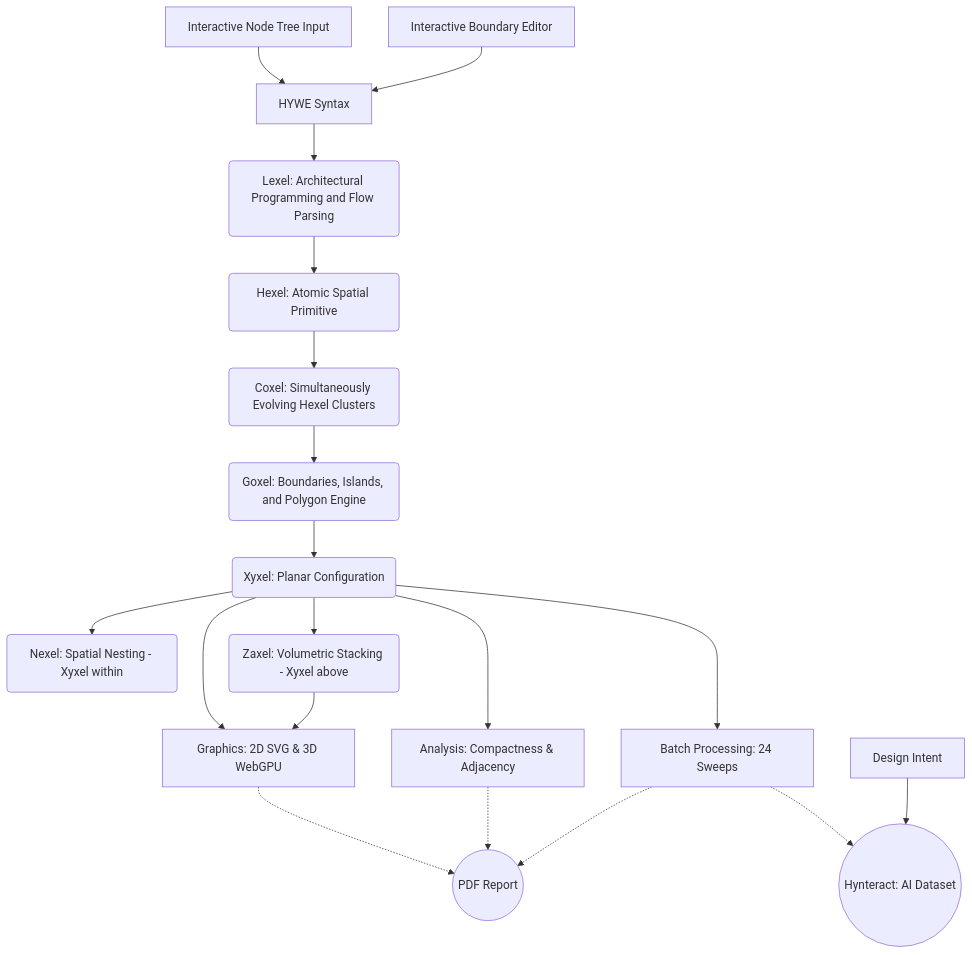
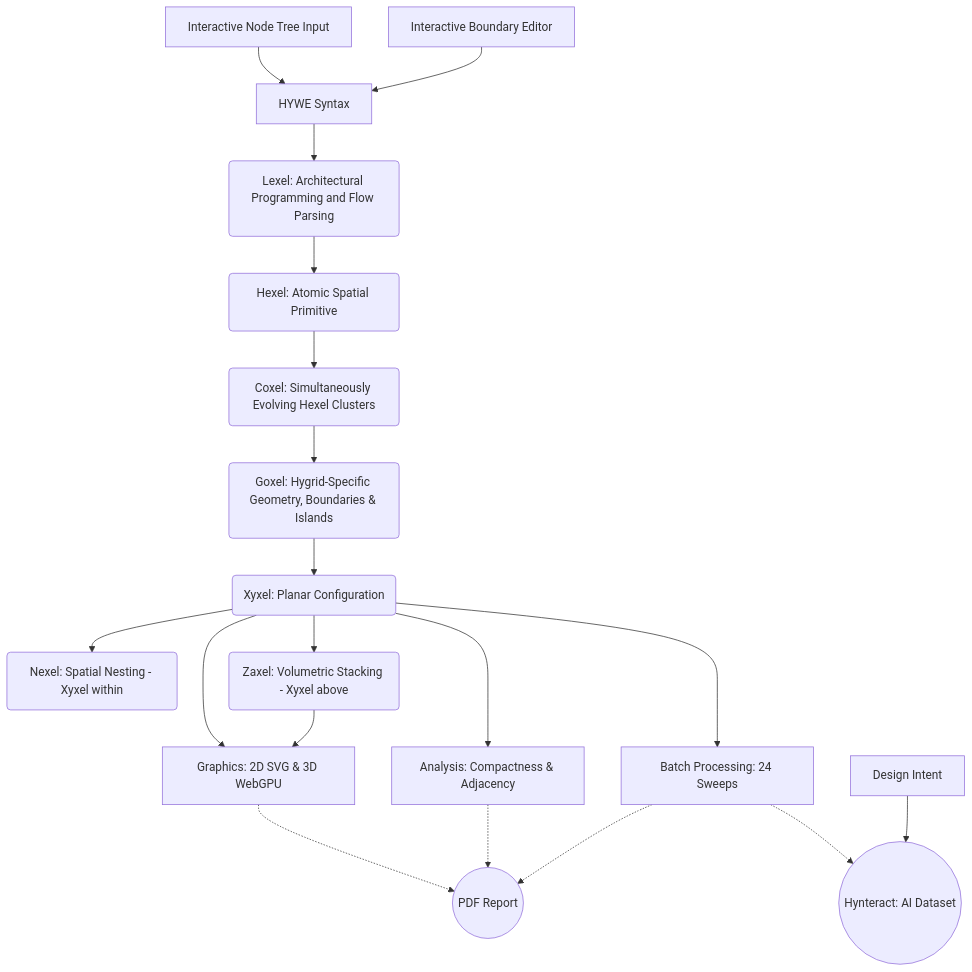
One commit to vykrum/Hywe changed the diagram in README.md. Above: the diagram before and after it, drawn with Mermaid. The commit also changed other lines of this file, not shown here.

Commit message:
Clarify Goxel generates Hygrid-specific geometry, boundaries, and islands

````diff
--- a/README.md
+++ b/README.md
@@ -99,25 +99,25 @@
 ```mermaid
 graph TD
     A1[Interactive Node Tree Input] --> B[HYWE Syntax]
     A2[Interactive Boundary Editor] --> B[HYWE Syntax]
     B --> C(Lexel: Architectural Programming and Flow Parsing)
     C --> D(Hexel: Atomic Spatial Primitive)
     D --> E(Coxel: Simultaneously Evolving Hexel Clusters)
-    E --> Gx(Goxel: Boundaries, Islands, and Polygon Engine)
+    E --> Gx(Goxel: Hygrid-Specific Geometry, Boundaries & Islands)
     Gx --> F(Xyxel: Planar Configuration)
     
     F --> N(Nexel: Spatial Nesting - Xyxel within)
     F --> G(Zaxel: Volumetric Stacking - Xyxel above)
     
     F --> Gr[Graphics: 2D SVG & 3D WebGPU]
     G --> Gr
     F --> H[Analysis: Compactness & Adjacency]
     F --> I[Batch Processing: 24 Sweeps]
     
     Gr -.-> ReportLabel((PDF Report))
     H -.-> ReportLabel
     I -.-> ReportLabel
     
     I -.-> DatasetLabel((Hynteract: AI Dataset))
     DesignIntent[Design Intent] --> DatasetLabel
 ```
````
